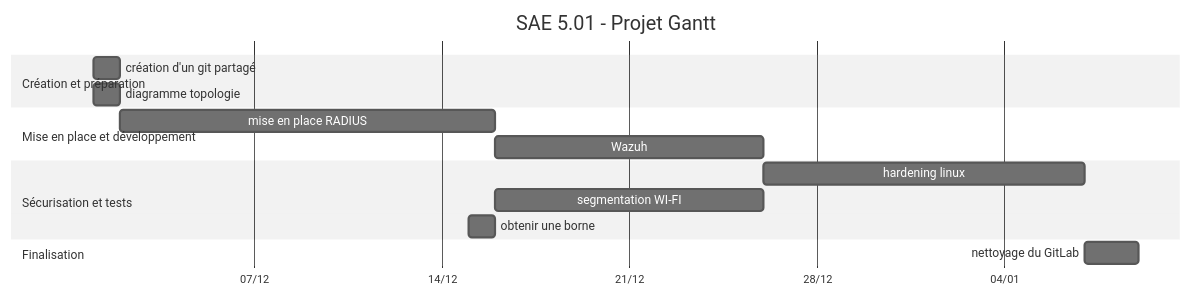
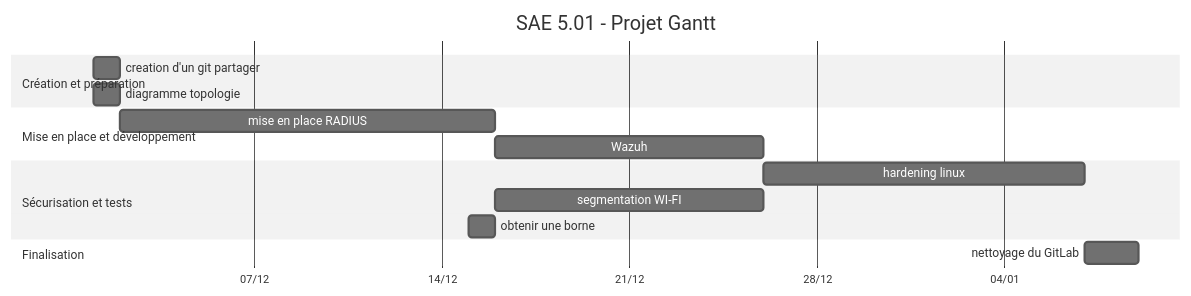
The diagram in ```mermaid gantt     title SAE 5.01 - Projet Gantt     dateFormat  YYYY-MM-DD     axisFormat  %d/les_petits_poissons.md (pinsourir/bazar), drawn with Mermaid (neutral theme) before and after one commit.

````diff
--- a/```mermaid gantt     title SAE 5.01 - Projet Gantt     dateFormat  YYYY-MM-DD     axisFormat  %d/les_petits_poissons.md
+++ b/```mermaid gantt     title SAE 5.01 - Projet Gantt     dateFormat  YYYY-MM-DD     axisFormat  %d/les_petits_poissons.md
@@ -1,22 +1,22 @@
 ```mermaid
 gantt
     title SAE 5.01 - Projet Gantt
     dateFormat  YYYY-MM-DD
     axisFormat  %d/%m
 
     section Création et préparation
-    création d'un git partagé     :s0, 2025-12-01, 1d
+    creation d'un git partager    :s0, 2025-12-01, 1d
     diagramme topologie           :s1, 2025-12-01, 1d
 
     section Mise en place et développement
     mise en place RADIUS          :s2, 2025-12-02, 14d
     Wazuh                         :s3, 2025-12-16, 10d
 
     section Sécurisation et tests
     hardening linux               :s4, 2025-12-26, 12d
     segmentation WI-FI            :s5, 2025-12-16, 10d
     obtenir une borne             :s6, 2025-12-15, 1d
 
     section Finalisation
     nettoyage du GitLab           :s7, 2026-01-07, 2d
 ```
````
